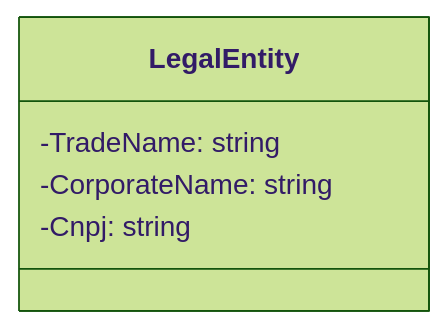
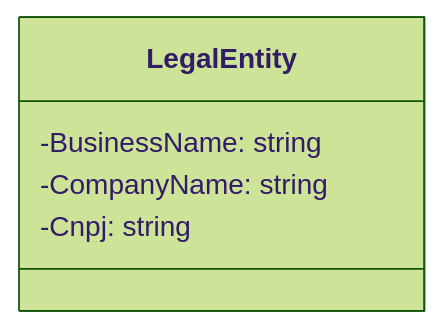
One commit to AndreLucas0/diagrama-de-classes-projeto-integrador changed the third of 17 diagrams in Classes.md. Above: the diagram before and after it, drawn with Mermaid (forest theme). The commit also changed other lines of this file, not shown here.

Commit message:
diagrama de classes sem relacoes finalizado

````diff
--- a/Classes.md
+++ b/Classes.md
@@ -32,8 +26,8 @@
 ```mermaid
 classDiagram
     class LegalEntity {
-        -TradeName: string
-        -CorporateName: string
+        -BusinessName: string
+        -CompanyName: string
         -Cnpj: string
     }
 ```
````
